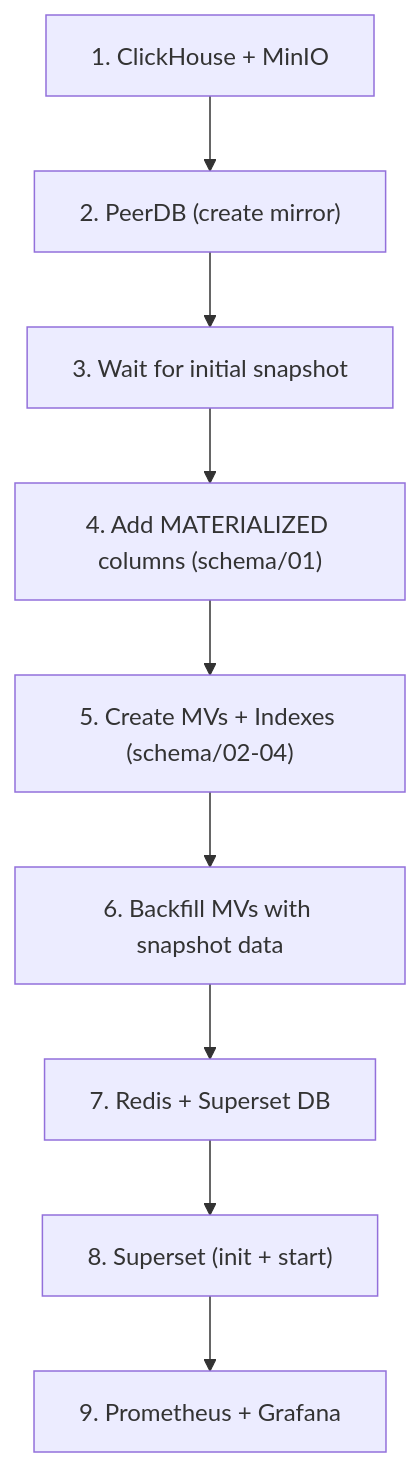
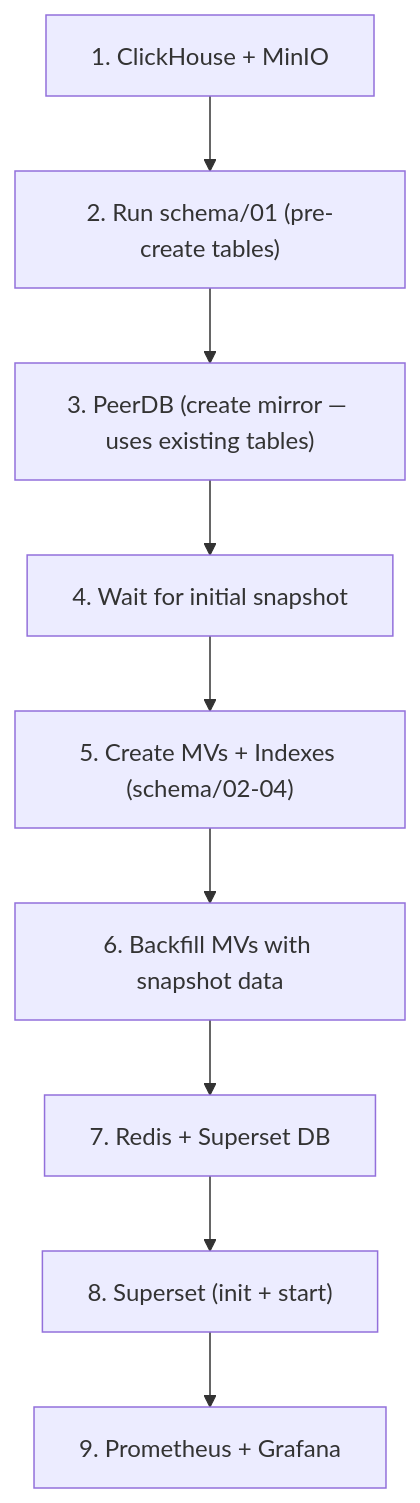
One commit to Jayaprakash8887/cce-data-pipeline changed the diagram in docs/deployment-guide.md. Above: the diagram before and after it, drawn with Mermaid. The commit also changed other lines of this file and 11 other files, not shown here.

````diff
--- a/docs/deployment-guide.md
+++ b/docs/deployment-guide.md
@@ -179,11 +179,11 @@
 ```mermaid
 flowchart TD
-    A["1. ClickHouse + MinIO"] --> B["2. PeerDB (create mirror)"]
-    B --> C["3. Wait for initial snapshot"]
-    C --> D["4. Add MATERIALIZED columns (schema/01)"]
+    A["1. ClickHouse + MinIO"] --> B["2. Run schema/01 (pre-create tables)"]
+    B --> C["3. PeerDB (create mirror — uses existing tables)"]
+    C --> D["4. Wait for initial snapshot"]
     D --> E["5. Create MVs + Indexes (schema/02-04)"]
     E --> F["6. Backfill MVs with snapshot data"]
     F --> G["7. Redis + Superset DB"]
     G --> H["8. Superset (init + start)"]
     H --> I["9. Prometheus + Grafana"]
 ```
````
